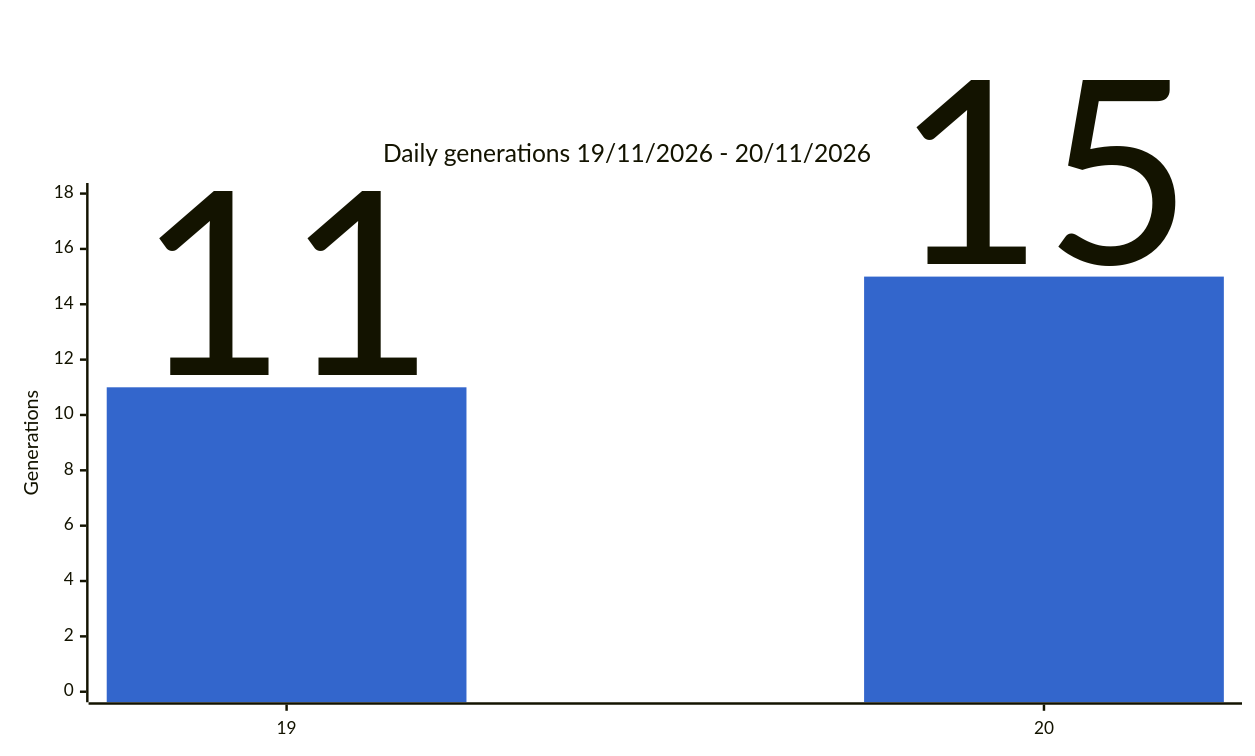
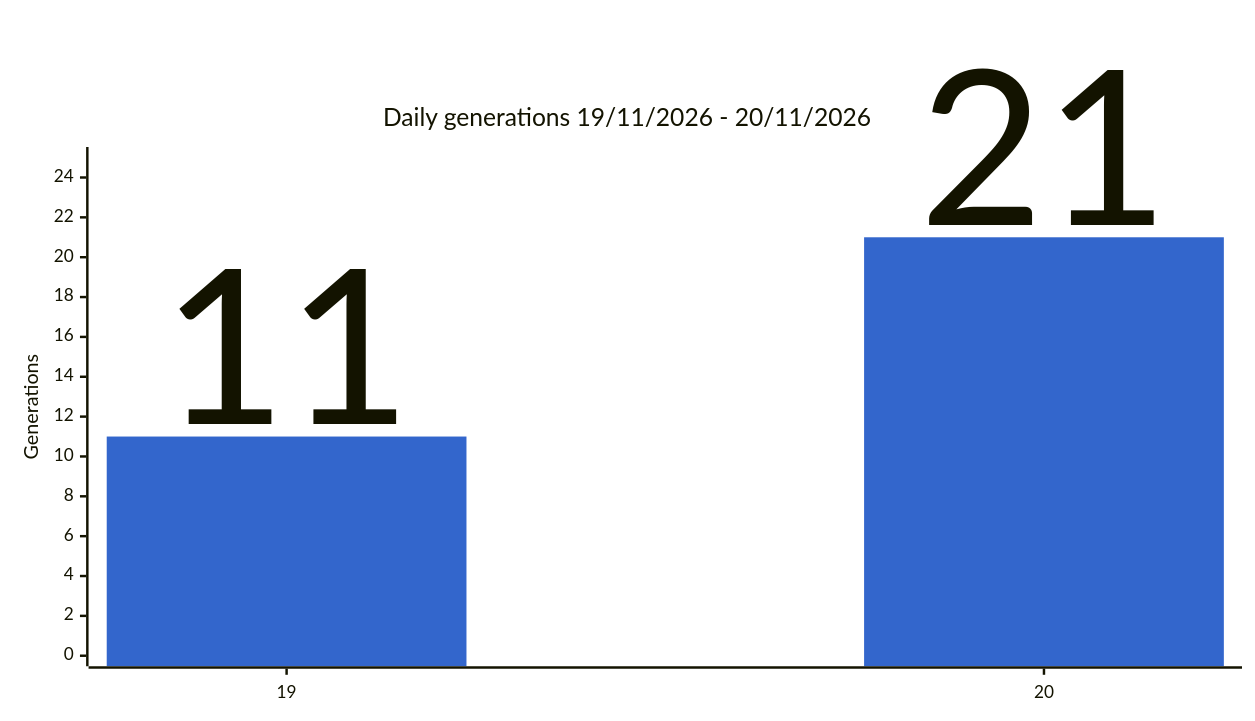
The second of 4 diagrams in docs/stats.md (gmoulard/wikipedia2book), drawn with Mermaid before and after one commit. The commit also changed other lines of this file and 2 other files, not shown here.

````diff
--- a/docs/stats.md
+++ b/docs/stats.md
@@ -32,8 +32,8 @@
 ```mermaid
 %%{init: {"xyChart": {"width": 1000, "showDataLabel": true, "showDataLabelOutsideBar": true}, "themeVariables": {"xyChart": {"plotColorPalette": "#3366cc"}}}}%%
 xychart-beta
     title "Daily generations 19/11/2026 - 20/11/2026"
     x-axis ["19", "20"]
-    y-axis "Generations" 0 --> 18
-    bar [11, 15]
+    y-axis "Generations" 0 --> 25
+    bar [11, 21]
 ```
````
